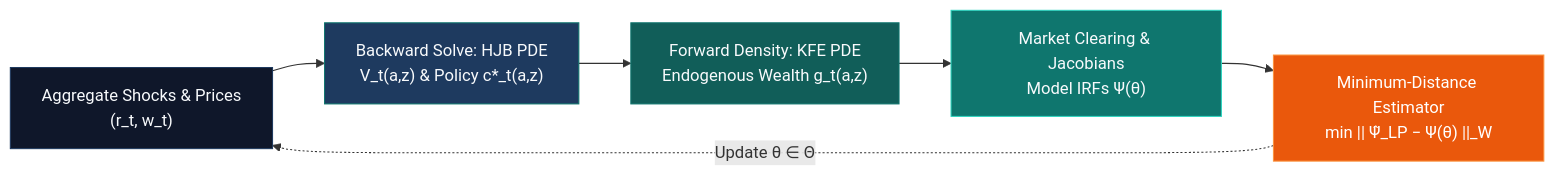
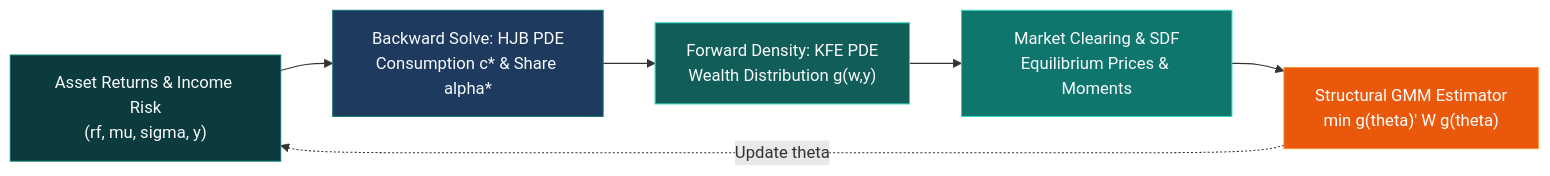
The diagram in README.md (TimothyNguyen-vnm/TimothyNguyen-vnm), drawn with Mermaid before and after one commit. The commit also changed other lines of this file, not shown here.

````diff
--- a/README.md
+++ b/README.md
@@ -121,14 +121,14 @@
 ```mermaid
 flowchart LR
-    A["Aggregate Shocks & Prices<br/>(r_t, w_t)"] --> B["Backward Solve: HJB PDE<br/>V_t(a,z) & Policy c*_t(a,z)"]
-    B --> C["Forward Density: KFE PDE<br/>Endogenous Wealth g_t(a,z)"]
-    C --> D["Market Clearing & Jacobians<br/>Model IRFs Ψ(θ)"]
-    D --> E["Minimum-Distance Estimator<br/>min || Ψ̂_LP − Ψ(θ) ||_W"]
-    E -.->|"Update θ ∈ Θ"| A
+    A["Asset Returns & Income Risk<br/>(rf, mu, sigma, y)"] --> B["Backward Solve: HJB PDE<br/>Consumption c* & Share alpha*"]
+    B --> C["Forward Density: KFE PDE<br/>Wealth Distribution g(w,y)"]
+    C --> D["Market Clearing & SDF<br/>Equilibrium Prices & Moments"]
+    D --> E["Structural GMM Estimator<br/>min g(theta)' W g(theta)"]
+    E -.->|"Update theta"| A
 
-    style A fill:#0F172A,stroke:#1E3A5F,color:#F8FAFC
+    style A fill:#0B3B3C,stroke:#0F766E,color:#F8FAFC
     style B fill:#1E3A5F,stroke:#0F766E,color:#F8FAFC
-    style C fill:#115E59,stroke:#0F766E,color:#F8FAFC
+    style C fill:#115E59,stroke:#2DD4BF,color:#F8FAFC
     style D fill:#0F766E,stroke:#2DD4BF,color:#F8FAFC
     style E fill:#EA580C,stroke:#FB923C,color:#FFFFFF
 ```
````
